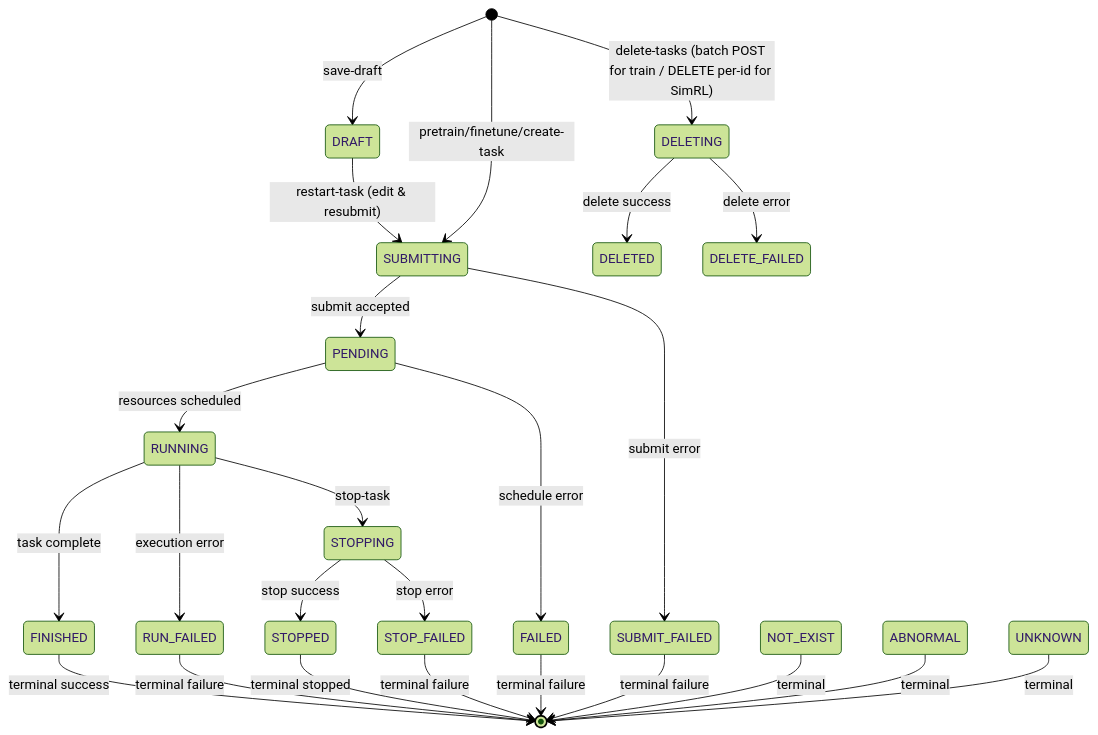
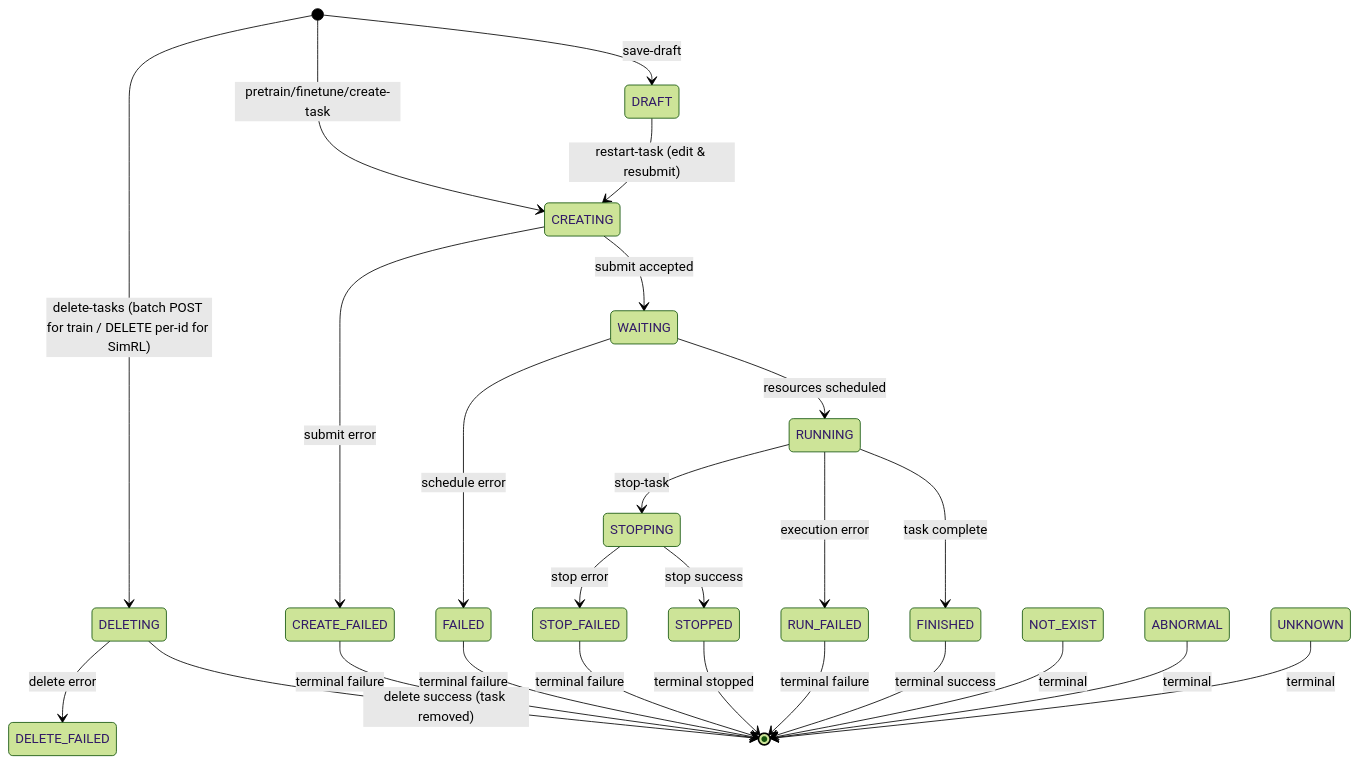
The third of 10 diagrams in skills/huawei-cloud-cloudrobo-train/references/dataflow-diagram.md (zhuzhe1992/demo), drawn with Mermaid (forest theme) before and after one commit. The commit also changed other lines of this file and 42 other files, not shown here.

````diff
--- a/skills/huawei-cloud-cloudrobo-train/references/dataflow-diagram.md
+++ b/skills/huawei-cloud-cloudrobo-train/references/dataflow-diagram.md
@@ -34,27 +34,27 @@
 ```mermaid
 stateDiagram-v2
     [*] --> DRAFT: save-draft
-    [*] --> SUBMITTING: pretrain/finetune/create-task
-    DRAFT --> SUBMITTING: restart-task (edit & resubmit)
-    SUBMITTING --> PENDING: submit accepted
-    SUBMITTING --> SUBMIT_FAILED: submit error
-    PENDING --> RUNNING: resources scheduled
-    PENDING --> FAILED: schedule error
+    [*] --> CREATING: pretrain/finetune/create-task
+    DRAFT --> CREATING: restart-task (edit & resubmit)
+    CREATING --> WAITING: submit accepted
+    CREATING --> CREATE_FAILED: submit error
+    WAITING --> RUNNING: resources scheduled
+    WAITING --> FAILED: schedule error
     RUNNING --> FINISHED: task complete
     RUNNING --> RUN_FAILED: execution error
     RUNNING --> STOPPING: stop-task
     STOPPING --> STOPPED: stop success
     STOPPING --> STOP_FAILED: stop error
     FINISHED --> [*]: terminal success
-    SUBMIT_FAILED --> [*]: terminal failure
+    CREATE_FAILED --> [*]: terminal failure
     RUN_FAILED --> [*]: terminal failure
     STOPPED --> [*]: terminal stopped
     STOP_FAILED --> [*]: terminal failure
     FAILED --> [*]: terminal failure
     [*] --> DELETING: delete-tasks (batch POST for train / DELETE per-id for SimRL)
-    DELETING --> DELETED: delete success
+    DELETING --> [*]: delete success (task removed)
     DELETING --> DELETE_FAILED: delete error
     NOT_EXIST --> [*]: terminal
     ABNORMAL --> [*]: terminal
     UNKNOWN --> [*]: terminal
 ```
````
